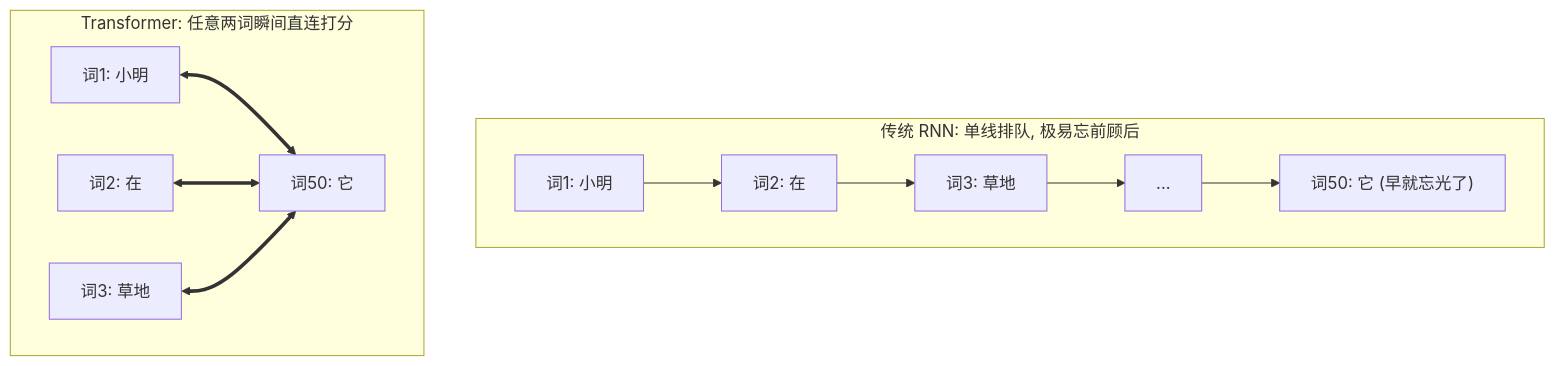
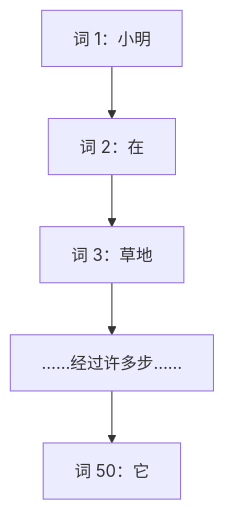
One commit to cluster1900/zero2llm changed the first of 2 diagrams in chapters/02_why_attention.md. Above: the diagram before and after it, drawn with Mermaid. The commit also changed other lines of this file and 74 other files, not shown here.

Commit message:
Fix EPUB flowcharts and refresh reading downloads [refresh-release]

````diff
--- a/chapters/02_why_attention.md
+++ b/chapters/02_why_attention.md
@@ -78,13 +78,9 @@
 ```mermaid
 flowchart TD
-    subgraph 传统RNN串行传话模式 [传统 RNN: 单线排队, 极易忘前顾后]
-        direction LR
-        R1["词1: 小明"] --> R2["词2: 在"] --> R3["词3: 草地"] --> R4["..."] --> R5["词50: 它 (早就忘光了)"]
-    end
-
-    subgraph Transformer全员并联模式 [Transformer: 任意两词瞬间直连打分]
-        T1["词1: 小明"] <==> T5["词50: 它"]
-        T2["词2: 在"] <==> T5
-        T3["词3: 草地"] <==> T5
-    end
+    accTitle: RNN：信息沿序列逐步传递
+    accDescr: 早期词语的信息需要经过许多步才能到达后面的词；长距离信息可能衰减。
+    A["词 1：小明"] --> B["词 2：在"]
+    B --> C["词 3：草地"]
+    C --> D["……经过许多步……"]
+    D --> E["词 50：它"]
 ```
````
